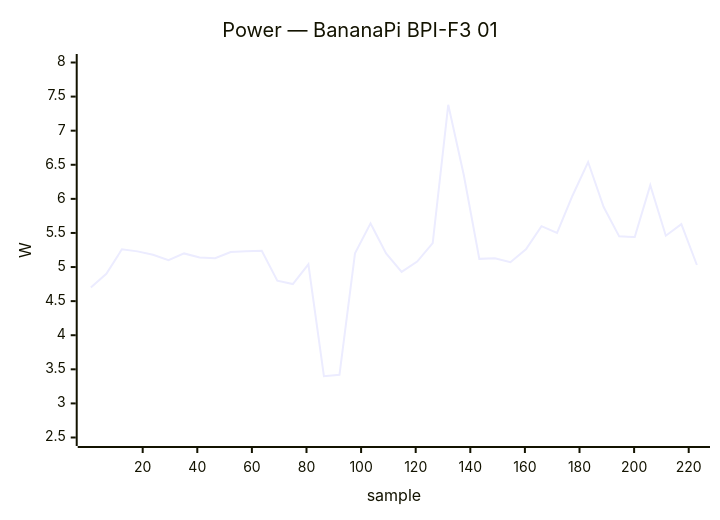
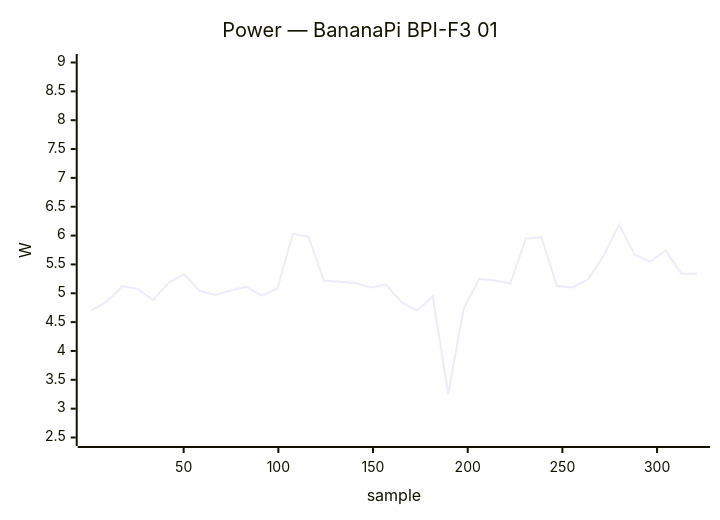
Before and after one commit to armbian/documentation: diagram 13 of 35 in docs/status/board-tests.md, drawn with Mermaid. The commit also changed other lines of this file, not shown here.

````diff
--- a/docs/status/board-tests.md
+++ b/docs/status/board-tests.md
@@ -454,7 +619,7 @@
 ```mermaid
 xychart-beta
     title "Power — BananaPi BPI-F3 01"
-    x-axis "sample" 1 --> 223
-    y-axis "W" 2.5 --> 8.0
-    line [4.70, 4.90, 5.26, 5.23, 5.18, 5.10, 5.20, 5.14, 5.13, 5.22, 5.23, 5.24, 4.80, 4.75, 5.04, 3.40, 3.42, 5.20, 5.64, 5.20, 4.93, 5.08, 5.35, 7.38, 6.35, 5.12, 5.13, 5.07, 5.26, 5.60, 5.50, 6.05, 6.54, 5.88, 5.45, 5.44, 6.20, 5.46, 5.63, 5.03]
+    x-axis "sample" 1 --> 321
+    y-axis "W" 2.5 --> 9.0
+    line [4.70, 4.85, 5.12, 5.08, 4.88, 5.18, 5.33, 5.04, 4.97, 5.05, 5.11, 4.96, 5.08, 6.03, 5.98, 5.22, 5.20, 5.18, 5.10, 5.15, 4.84, 4.70, 4.95, 3.26, 4.74, 5.25, 5.22, 5.17, 5.95, 5.97, 5.12, 5.10, 5.24, 5.65, 6.19, 5.67, 5.55, 5.74, 5.34, 5.34]
 ```
````
